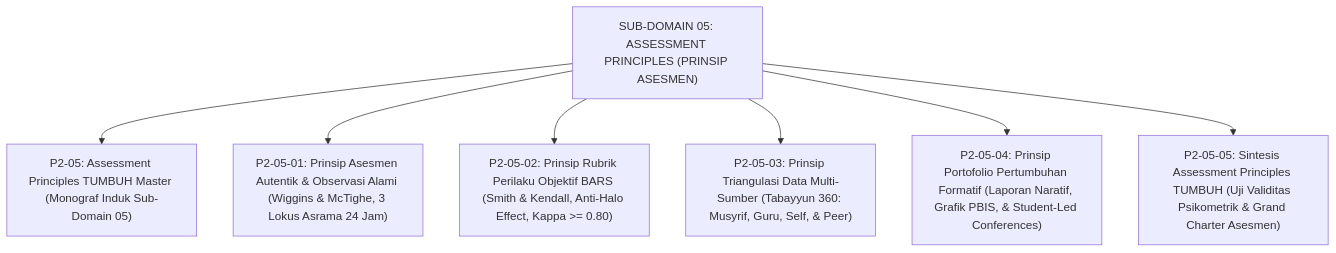
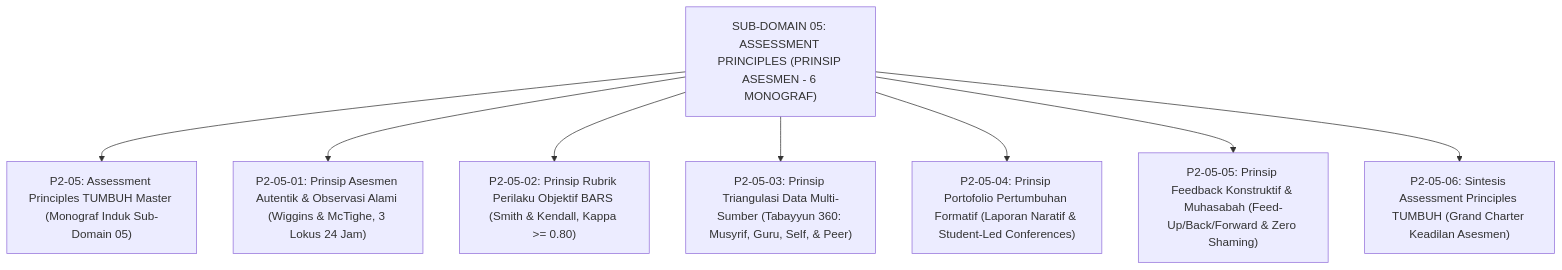
Before and after one commit to wandiapriliyandi/tumbuh: the diagram in 02 Principles/05 Assessment Principles/README.md, drawn with Mermaid. The commit also changed other lines of this file and 32 other files, not shown here.

Commit message:
feat(principles): expand organically Domain 02 Principles with non-uniform deep monographs (62 files total, max 10/sub-domain)

````diff
--- a/02 Principles/05 Assessment Principles/README.md
+++ b/02 Principles/05 Assessment Principles/README.md
@@ -14,11 +14,12 @@
 ```mermaid
 graph TD
-    Assessment["SUB-DOMAIN 05: ASSESSMENT PRINCIPLES (PRINSIP ASESMEN)"]
+    Assessment["SUB-DOMAIN 05: ASSESSMENT PRINCIPLES (PRINSIP ASESMEN - 6 MONOGRAF)"]
     
     Assessment --> Master["P2-05: Assessment Principles TUMBUH Master (Monograf Induk Sub-Domain 05)"]
-    Assessment --> M1["P2-05-01: Prinsip Asesmen Autentik & Observasi Alami (Wiggins & McTighe, 3 Lokus Asrama 24 Jam)"]
-    Assessment --> M2["P2-05-02: Prinsip Rubrik Perilaku Objektif BARS (Smith & Kendall, Anti-Halo Effect, Kappa >= 0.80)"]
+    Assessment --> M1["P2-05-01: Prinsip Asesmen Autentik & Observasi Alami (Wiggins & McTighe, 3 Lokus 24 Jam)"]
+    Assessment --> M2["P2-05-02: Prinsip Rubrik Perilaku Objektif BARS (Smith & Kendall, Kappa >= 0.80)"]
     Assessment --> M3["P2-05-03: Prinsip Triangulasi Data Multi-Sumber (Tabayyun 360: Musyrif, Guru, Self, & Peer)"]
-    Assessment --> M4["P2-05-04: Prinsip Portofolio Pertumbuhan Formatif (Laporan Naratif, Grafik PBIS, & Student-Led Conferences)"]
-    Assessment --> M5["P2-05-05: Sintesis Assessment Principles TUMBUH (Uji Validitas Psikometrik & Grand Charter Asesmen)"]
+    Assessment --> M4["P2-05-04: Prinsip Portofolio Pertumbuhan Formatif (Laporan Naratif & Student-Led Conferences)"]
+    Assessment --> M5["P2-05-05: Prinsip Feedback Konstruktif & Muhasabah (Feed-Up/Back/Forward & Zero Shaming)"]
+    Assessment --> M6["P2-05-06: Sintesis Assessment Principles TUMBUH (Grand Charter Keadilan Asesmen)"]
 ```
````
